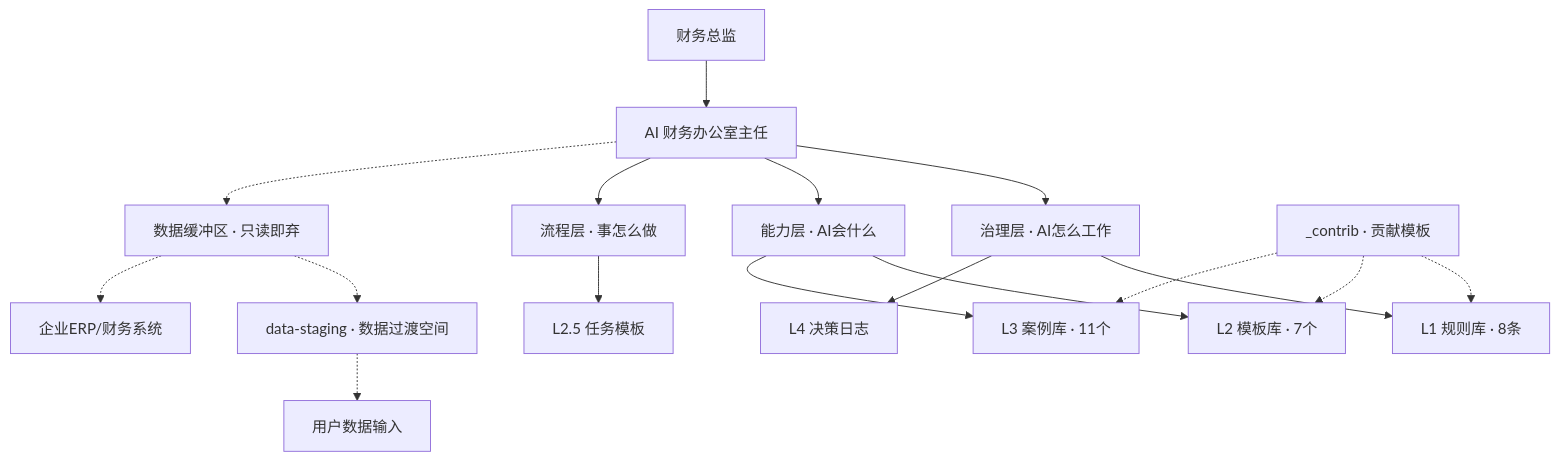
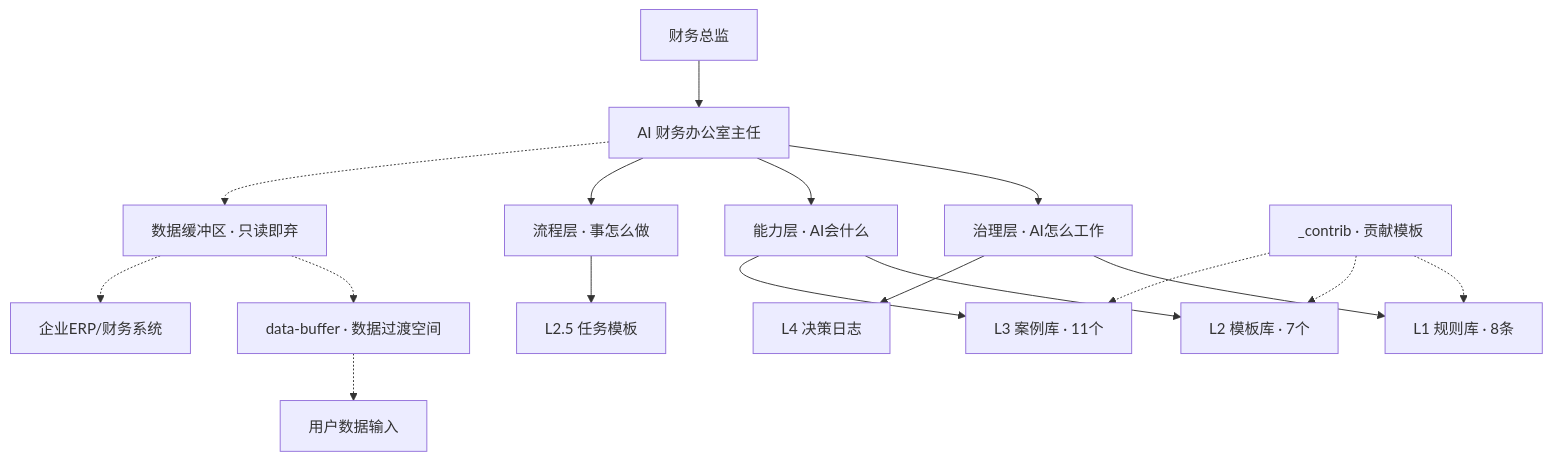
The diagram in README.md (sunjun0621/FinanceOS_WorkBuddy), drawn with Mermaid before and after one commit. The commit also changed other lines of this file and 45 other files, not shown here.

````diff
--- a/README.md
+++ b/README.md
@@ -77,22 +87,22 @@
 ```mermaid
 graph TB
     CFO[财务总监] --> Director[AI 财务办公室主任]
     Director --> Governance[治理层 · AI怎么工作]
     Director --> Capability[能力层 · AI会什么]
     Director --> Workflow[流程层 · 事怎么做]
     
     Governance --> L1[L1 规则库 · 8条]
     Capability --> L2[L2 模板库 · 7个]
     Workflow --> L2.5[L2.5 任务模板]
     Capability --> L3[L3 案例库 · 11个]
     Governance --> L4[L4 决策日志]
     
     Director -.-> Buffer[数据缓冲区 · 只读即弃]
-    Buffer -.-> Staging[data-staging · 数据过渡空间]
+    Buffer -.-> Staging[data-buffer · 数据过渡空间]
     Staging -.-> User[用户数据输入]
     Buffer -.-> ERP[企业ERP/财务系统]
     
     Contrib[_contrib · 贡献模板] -.-> L1
     Contrib -.-> L2
     Contrib -.-> L3
 ```
````
